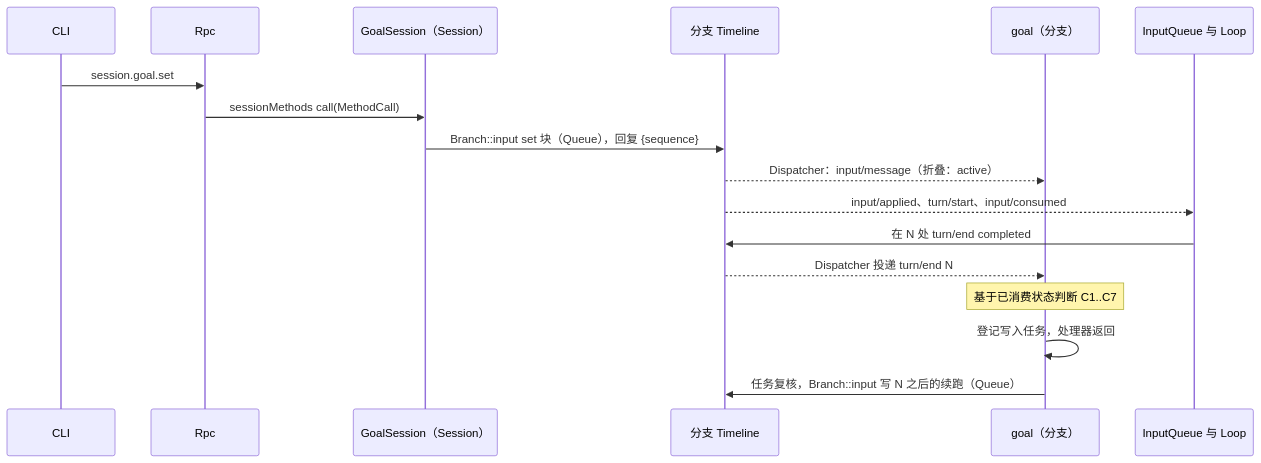
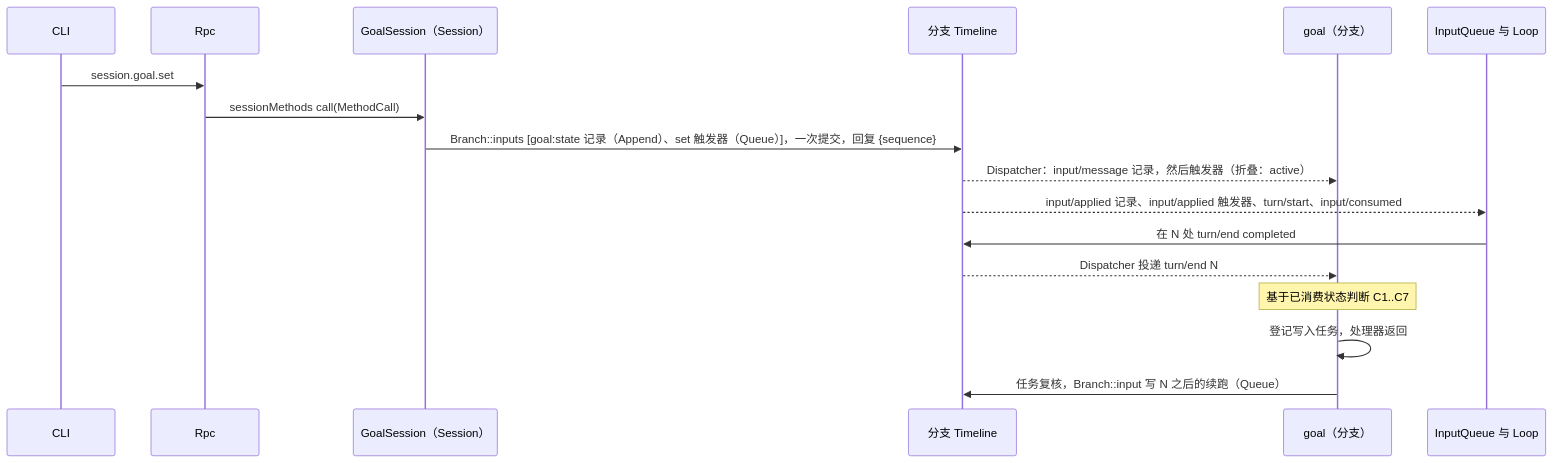
One commit to CoutinhoTTS/dim-agent changed the third of 7 diagrams in docs/zh/design/plugins/Goal.md. Above: the diagram before and after it, drawn with Mermaid. The commit also changed other lines of this file and 229 other files, not shown here.

First line of the commit message:
refactor(timeline): query properties and bound history consumers

````diff
--- a/docs/zh/design/plugins/Goal.md
+++ b/docs/zh/design/plugins/Goal.md
@@ -111,19 +119,19 @@
 ```mermaid
 sequenceDiagram
   participant CLI
   participant Rpc
   participant GS as GoalSession（Session）
   participant TL as 分支 Timeline
   participant G as goal（分支）
   participant IQ as InputQueue 与 Loop
   CLI->>Rpc: session.goal.set
   Rpc->>GS: sessionMethods call(MethodCall)
-  GS->>TL: Branch::input set 块（Queue），回复 {sequence}
-  TL-->>G: Dispatcher：input/message（折叠：active）
-  TL-->>IQ: input/applied、turn/start、input/consumed
+  GS->>TL: Branch::inputs [goal:state 记录（Append）、set 触发器（Queue）]，一次提交，回复 {sequence}
+  TL-->>G: Dispatcher：input/message 记录，然后触发器（折叠：active）
+  TL-->>IQ: input/applied 记录、input/applied 触发器、turn/start、input/consumed
   IQ->>TL: 在 N 处 turn/end completed
   TL-->>G: Dispatcher 投递 turn/end N
   Note over G: 基于已消费状态判断 C1..C7
   G->>G: 登记写入任务，处理器返回
   G->>TL: 任务复核，Branch::input 写 N 之后的续跑（Queue）
 ```
````
